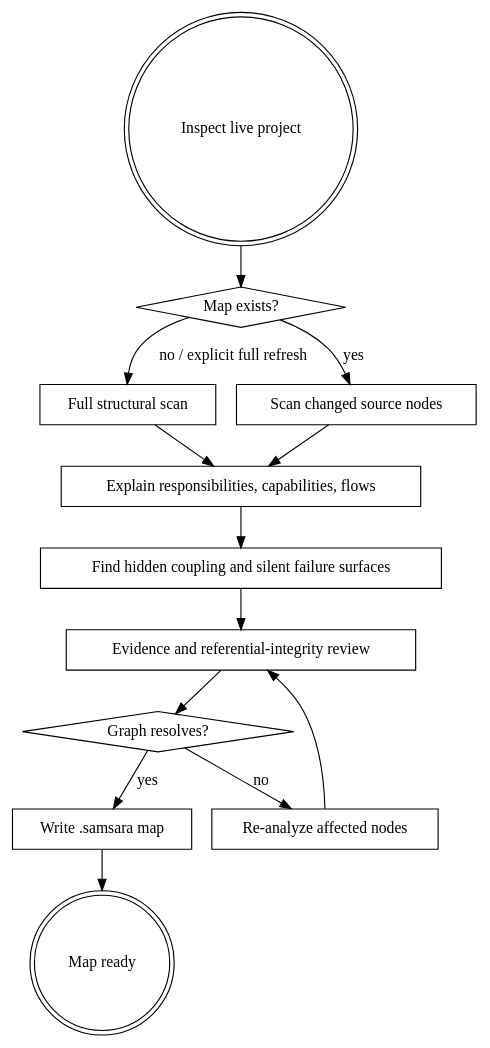
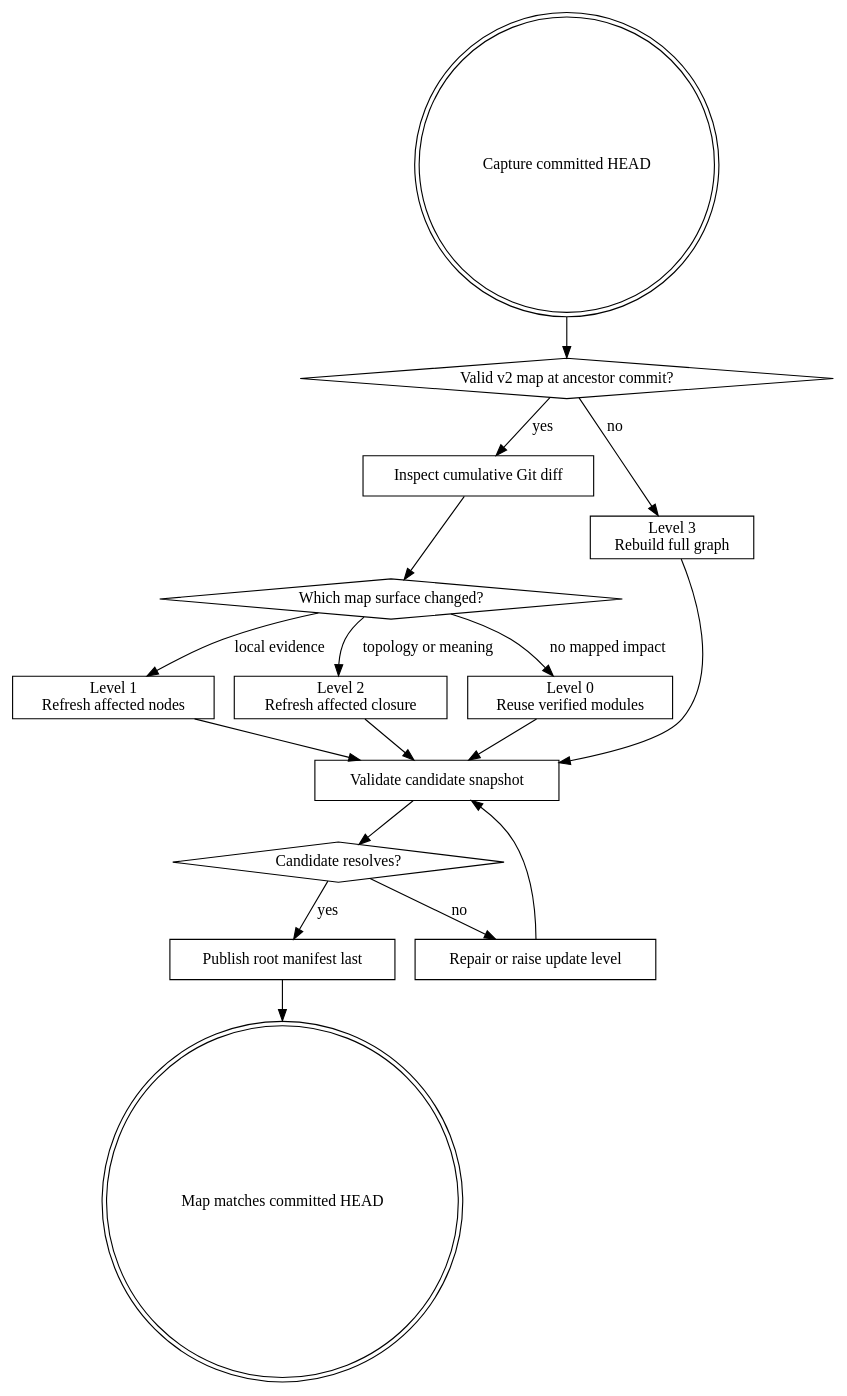
Before and after one commit to roymondliao/samsara: the diagram in skills/codebase-map/SKILL.md, drawn with Graphviz. The commit also changed other lines of this file and 18 other files, not shown here.

First line of the commit message:
refactor(codebase-map): map committed Git snapshots

````diff
--- a/skills/codebase-map/SKILL.md
+++ b/skills/codebase-map/SKILL.md
@@ -40,27 +93,36 @@
 ```dot
 digraph codebase_map {
     node [shape=box];
-    start [label="Inspect live project" shape=doublecircle];
-    exists [label="Map exists?" shape=diamond];
-    full [label="Full structural scan"];
-    changed [label="Scan changed source nodes"];
-    semantic [label="Explain responsibilities, capabilities, flows"];
-    yin [label="Find hidden coupling and silent failure surfaces"];
-    review [label="Evidence and referential-integrity review"];
-    clean [label="Graph resolves?" shape=diamond];
-    repair [label="Re-analyze affected nodes"];
-    write [label="Write .samsara map"];
-    done [label="Map ready" shape=doublecircle];
 
-    start -> exists;
-    exists -> full [label="no / explicit full refresh"];
-    exists -> changed [label="yes"];
-    full -> semantic;
-    changed -> semantic;
-    semantic -> yin -> review -> clean;
-    clean -> repair [label="no"];
-    repair -> review;
-    clean -> write [label="yes"];
-    write -> done;
+    start [label="Capture committed HEAD" shape=doublecircle];
+    usable [label="Valid v2 map at ancestor commit?" shape=diamond];
+    diff [label="Inspect cumulative Git diff"];
+    impact [label="Which map surface changed?" shape=diamond];
+    checkpoint [label="Level 0\nReuse verified modules"];
+    targeted [label="Level 1\nRefresh affected nodes"];
+    structural [label="Level 2\nRefresh affected closure"];
+    full [label="Level 3\nRebuild full graph"];
+    validate [label="Validate candidate snapshot"];
+    valid [label="Candidate resolves?" shape=diamond];
+    repair [label="Repair or raise update level"];
+    publish [label="Publish root manifest last"];
+    done [label="Map matches committed HEAD" shape=doublecircle];
+
+    start -> usable;
+    usable -> full [label="no"];
+    usable -> diff [label="yes"];
+    diff -> impact;
+    impact -> checkpoint [label="no mapped impact"];
+    impact -> targeted [label="local evidence"];
+    impact -> structural [label="topology or meaning"];
+    checkpoint -> validate;
+    targeted -> validate;
+    structural -> validate;
+    full -> validate;
+    validate -> valid;
+    valid -> repair [label="no"];
+    repair -> validate;
+    valid -> publish [label="yes"];
+    publish -> done;
 }
 ```
````
